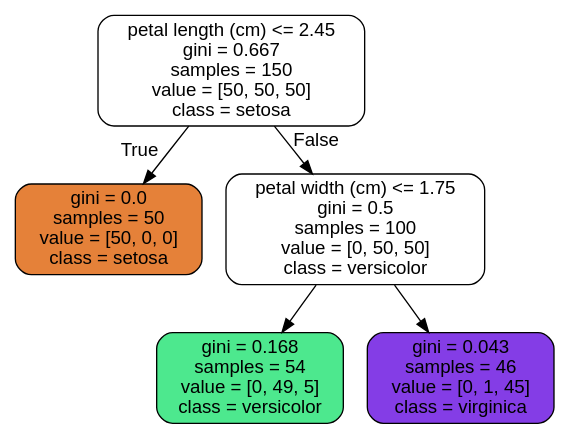
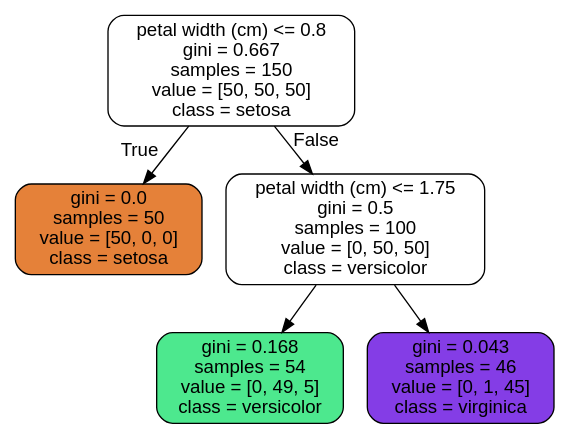
Before and after one commit to clsandoval/mlbook: the diagram in figs/iris_tree.dot, drawn with Graphviz. The commit also changed 5 other files, not shown here.

```diff
--- a/figs/iris_tree.dot
+++ b/figs/iris_tree.dot
@@ -1,13 +1,13 @@
 digraph Tree {
 node [shape=box, style="filled, rounded", color="black", fontname=helvetica] ;
 edge [fontname=helvetica] ;
-0 [label="petal length (cm) <= 2.45\ngini = 0.667\nsamples = 150\nvalue = [50, 50, 50]\nclass = setosa", fillcolor="#ffffff"] ;
+0 [label="petal width (cm) <= 0.8\ngini = 0.667\nsamples = 150\nvalue = [50, 50, 50]\nclass = setosa", fillcolor="#ffffff"] ;
 1 [label="gini = 0.0\nsamples = 50\nvalue = [50, 0, 0]\nclass = setosa", fillcolor="#e58139"] ;
 0 -> 1 [labeldistance=2.5, labelangle=45, headlabel="True"] ;
 2 [label="petal width (cm) <= 1.75\ngini = 0.5\nsamples = 100\nvalue = [0, 50, 50]\nclass = versicolor", fillcolor="#ffffff"] ;
 0 -> 2 [labeldistance=2.5, labelangle=-45, headlabel="False"] ;
 3 [label="gini = 0.168\nsamples = 54\nvalue = [0, 49, 5]\nclass = versicolor", fillcolor="#4de88e"] ;
 2 -> 3 ;
 4 [label="gini = 0.043\nsamples = 46\nvalue = [0, 1, 45]\nclass = virginica", fillcolor="#843de6"] ;
 2 -> 4 ;
 }
```
